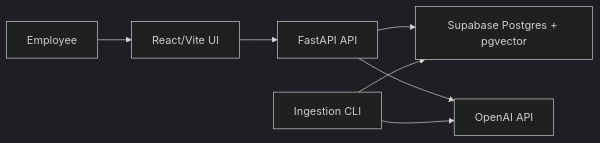
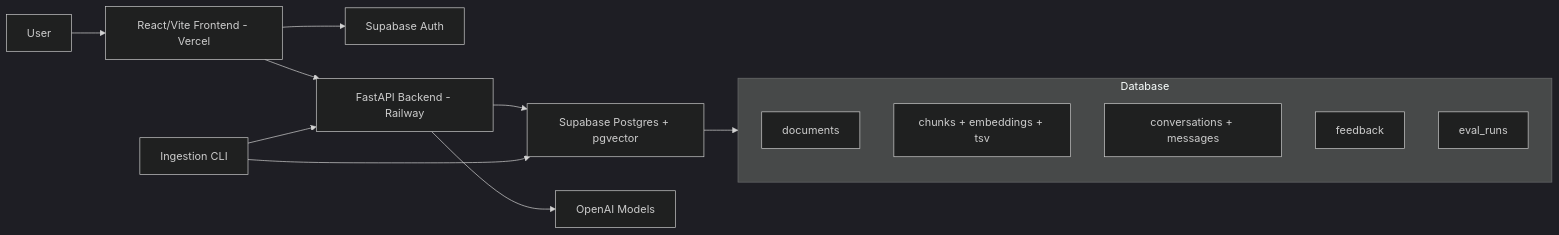
The diagram in README.md (Shubham00-3/Enterprise-Knowledge-Assistant), drawn with Mermaid (dark theme) before and after one commit. The commit also changed other lines of this file and 2 other files, not shown here.

````diff
--- a/README.md
+++ b/README.md
@@ -13,9 +37,20 @@
 ```mermaid
 flowchart LR
-  User["Employee"] --> UI["React/Vite UI"]
-  UI --> API["FastAPI API"]
+  User["User"] --> UI["React/Vite Frontend - Vercel"]
+  UI --> Auth["Supabase Auth"]
+  UI --> API["FastAPI Backend - Railway"]
   API --> DB["Supabase Postgres + pgvector"]
-  API --> OAI["OpenAI API"]
-  CLI["Ingestion CLI"] --> DB
-  CLI --> OAI
+  API --> OpenAI["OpenAI Models"]
+  CLI["Ingestion CLI"] --> API
+  CLI --> DB
+
+  subgraph DBData["Database"]
+    Docs["documents"]
+    Chunks["chunks + embeddings + tsv"]
+    Msgs["conversations + messages"]
+    Feedback["feedback"]
+    Evals["eval_runs"]
+  end
+
+  DB --> DBData
 ```
````
